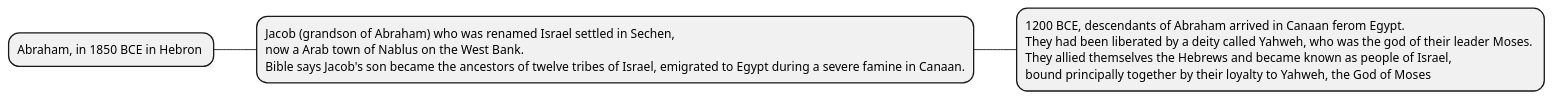
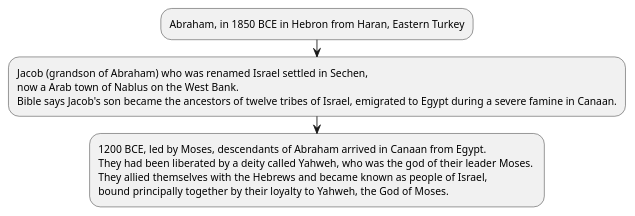
One commit to pccofvns/compendium changed the third of 3 diagrams in modules/a_history_of_god/pages/index.adoc. Above: the diagram before and after it, drawn with PlantUML. The commit also changed other lines of this file and 5 other files, not shown here.

```diff
--- a/modules/a_history_of_god/pages/index.adoc
+++ b/modules/a_history_of_god/pages/index.adoc
@@ -85,8 +93,8 @@
 [plantuml, abraham_and_others, svg]
 ....
-@startmindmap
-* Abraham, in 1850 BCE in Hebron 
-** Jacob (grandson of Abraham) who was renamed Israel settled in Sechen, \nnow a Arab town of Nablus on the West Bank. \nBible says Jacob's son became the ancestors of twelve tribes of Israel, emigrated to Egypt during a severe famine in Canaan.
-*** 1200 BCE, descendants of Abraham arrived in Canaan ferom Egypt. \nThey had been liberated by a deity called Yahweh, who was the god of their leader Moses. \nThey allied themselves the Hebrews and became known as people of Israel, \nbound principally together by their loyalty to Yahweh, the God of Moses
-@endmindmap
+@startuml
+:Abraham, in 1850 BCE in Hebron from Haran, Eastern Turkey;
+:Jacob (grandson of Abraham) who was renamed Israel settled in Sechen, \nnow a Arab town of Nablus on the West Bank. \nBible says Jacob's son became the ancestors of twelve tribes of Israel, emigrated to Egypt during a severe famine in Canaan.;
+:1200 BCE, led by Moses, descendants of Abraham arrived in Canaan from Egypt. \nThey had been liberated by a deity called Yahweh, who was the god of their leader Moses. \nThey allied themselves with the Hebrews and became known as people of Israel, \nbound principally together by their loyalty to Yahweh, the God of Moses.;
+@enduml
 ....
```
